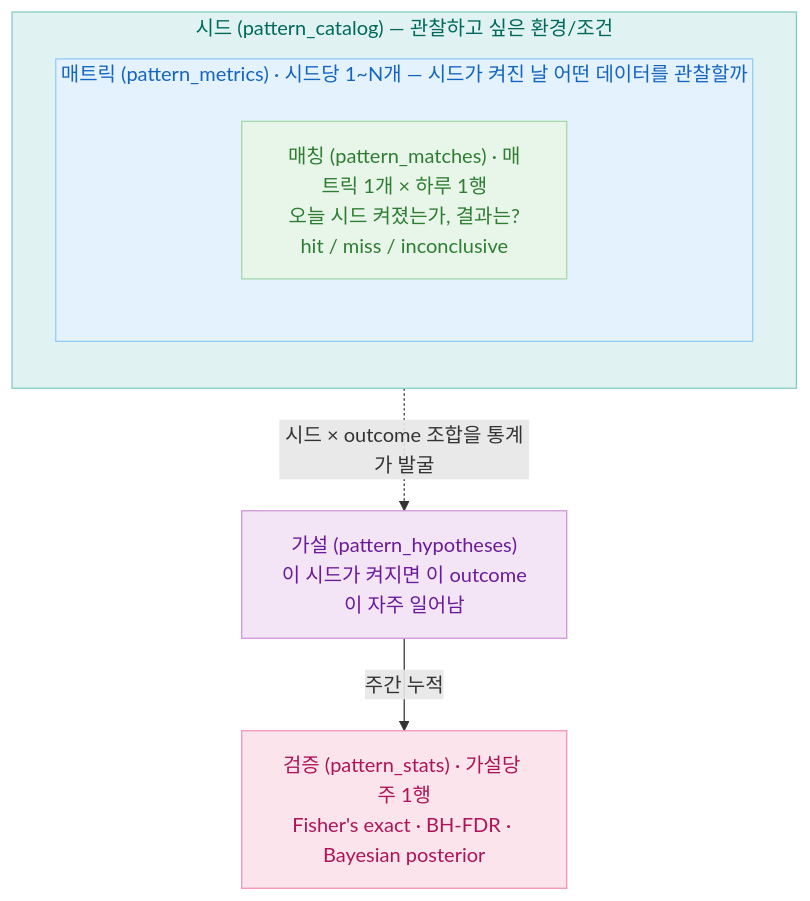
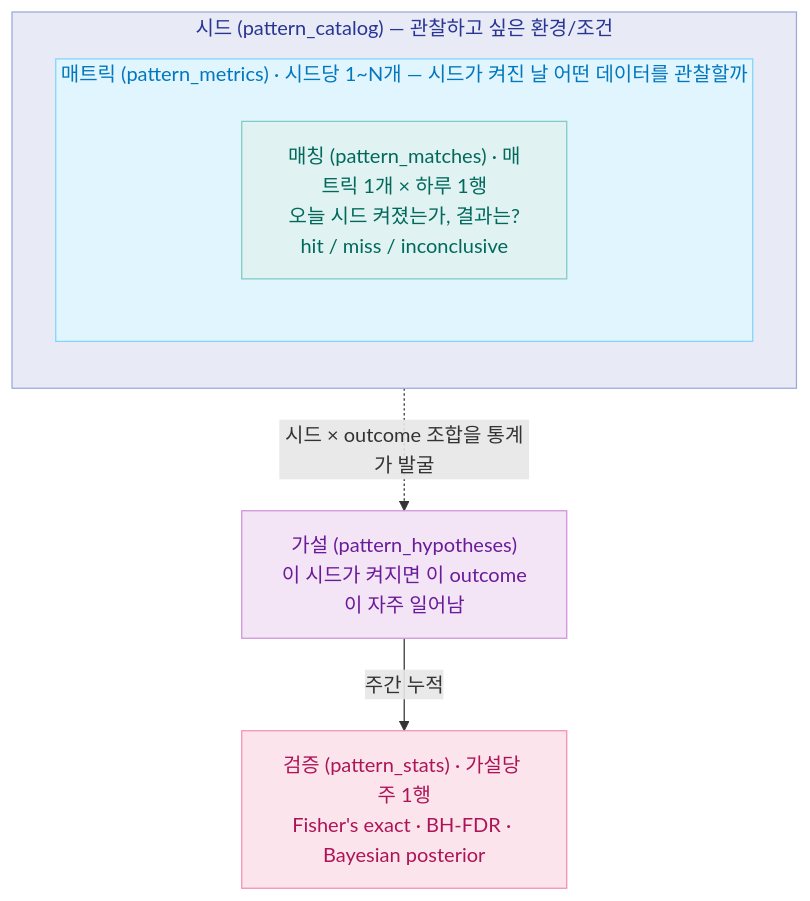
Before and after one commit to hyewon3938/slack-ai-agents: the second of 9 diagrams in docs/explainers/insight-v2.md, drawn with Mermaid. The commit also changed other lines of this file, not shown here.

````diff
--- a/docs/explainers/insight-v2.md
+++ b/docs/explainers/insight-v2.md
@@ -127,27 +127,27 @@
 ```mermaid
 flowchart TB
   subgraph SEED["시드 (pattern_catalog) — 관찰하고 싶은 환경/조건"]
     direction TB
     subgraph METRIC["매트릭 (pattern_metrics) · 시드당 1~N개 — 시드가 켜진 날 어떤 데이터를 관찰할까"]
       direction TB
       MATCH["매칭 (pattern_matches) · 매트릭 1개 × 하루 1행<br/>오늘 시드 켜졌는가, 결과는?<br/>hit / miss / inconclusive"]
     end
   end
 
   HYP["가설 (pattern_hypotheses)<br/>이 시드가 켜지면 이 outcome이 자주 일어남"]
   VER["검증 (pattern_stats) · 가설당 주 1행<br/>Fisher's exact · BH-FDR · Bayesian posterior"]
 
   SEED -. 시드 × outcome 조합을 통계가 발굴 .-> HYP
   HYP -- 주간 누적 --> VER
 
-  classDef seedBox fill:#E0F2F1,stroke:#80CBC4,color:#00695C
-  classDef metricBox fill:#E3F2FD,stroke:#90CAF9,color:#1565C0
-  classDef matchNode fill:#E8F5E9,stroke:#A5D6A7,color:#2E7D32
+  classDef seedBox fill:#E8EAF6,stroke:#9FA8DA,color:#283593
+  classDef metricBox fill:#E1F5FE,stroke:#81D4FA,color:#0277BD
+  classDef matchNode fill:#E0F2F1,stroke:#80CBC4,color:#00695C
   classDef hypothesisNode fill:#F3E5F5,stroke:#CE93D8,color:#6A1B9A
   classDef verifyNode fill:#FCE4EC,stroke:#F48FB1,color:#AD1457
   class SEED seedBox
   class METRIC metricBox
   class MATCH matchNode
   class HYP hypothesisNode
   class VER verifyNode
 ```
````
